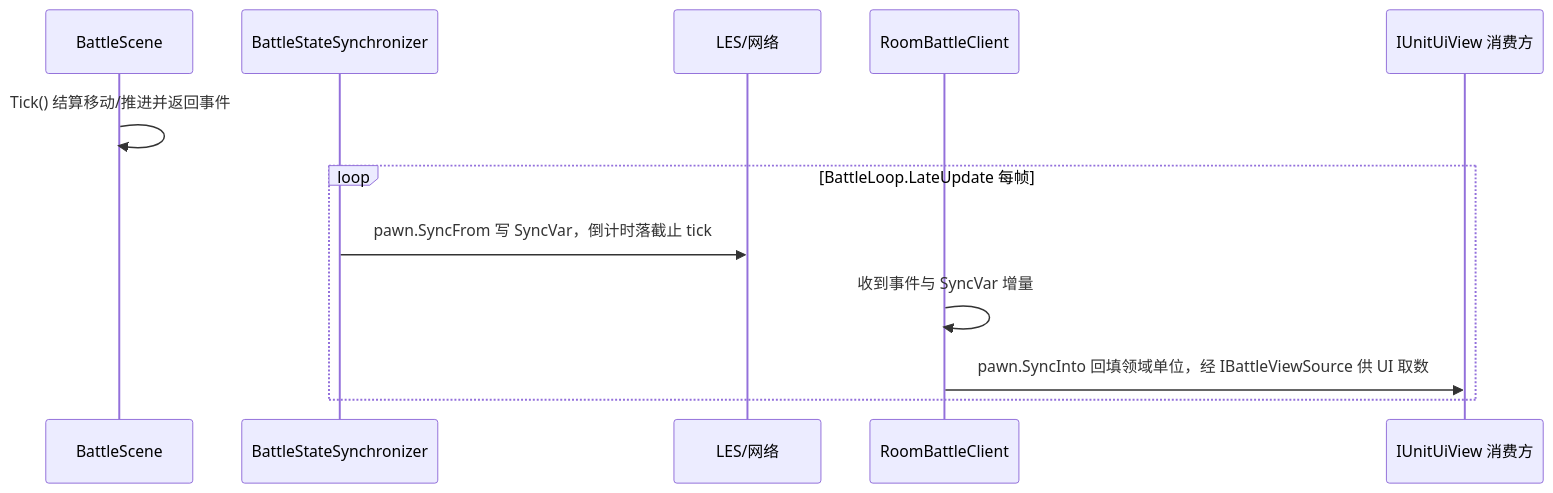
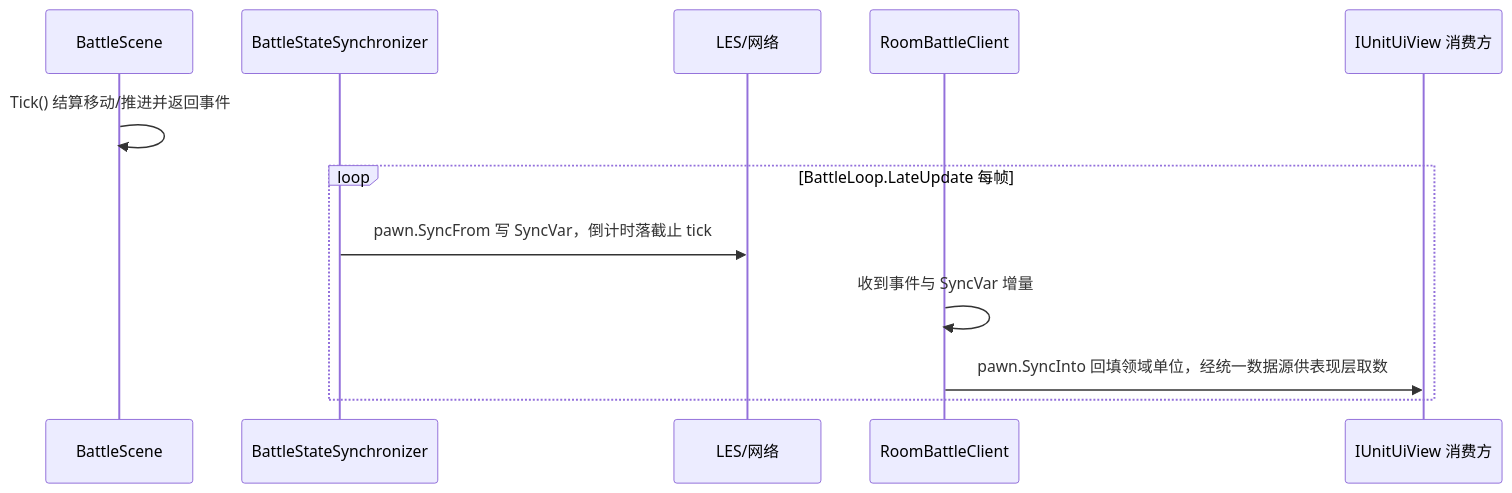
One commit to DrMelt/dungeon_chess_battle changed the diagram in docs/flow/battle-state-sync.md. Above: the diagram before and after it, drawn with Mermaid. The commit also changed other lines of this file and 60 other files, not shown here.

Commit message:
refactor(game): 表现层收敛为统一数据源 BattleSessionContext，在线/回放各建视图源装配注入，表现组件撤除逐组件 Bind

````diff
--- a/docs/flow/battle-state-sync.md
+++ b/docs/flow/battle-state-sync.md
@@ -42,15 +42,15 @@
 ```mermaid
 sequenceDiagram
     participant Scene as BattleScene
     participant Sync as BattleStateSynchronizer
     participant Net as LES/网络
     participant Client as RoomBattleClient
     participant UI as IUnitUiView 消费方
 
     Scene->>Scene: Tick() 结算移动/推进并返回事件
     Loop BattleLoop.LateUpdate 每帧
         Sync->>Net: pawn.SyncFrom 写 SyncVar，倒计时落截止 tick
         Client->>Client: 收到事件与 SyncVar 增量
-        Client->>UI: pawn.SyncInto 回填领域单位，经 IBattleViewSource 供 UI 取数
+        Client->>UI: pawn.SyncInto 回填领域单位，经统一数据源供表现层取数
     end
 ```
````
